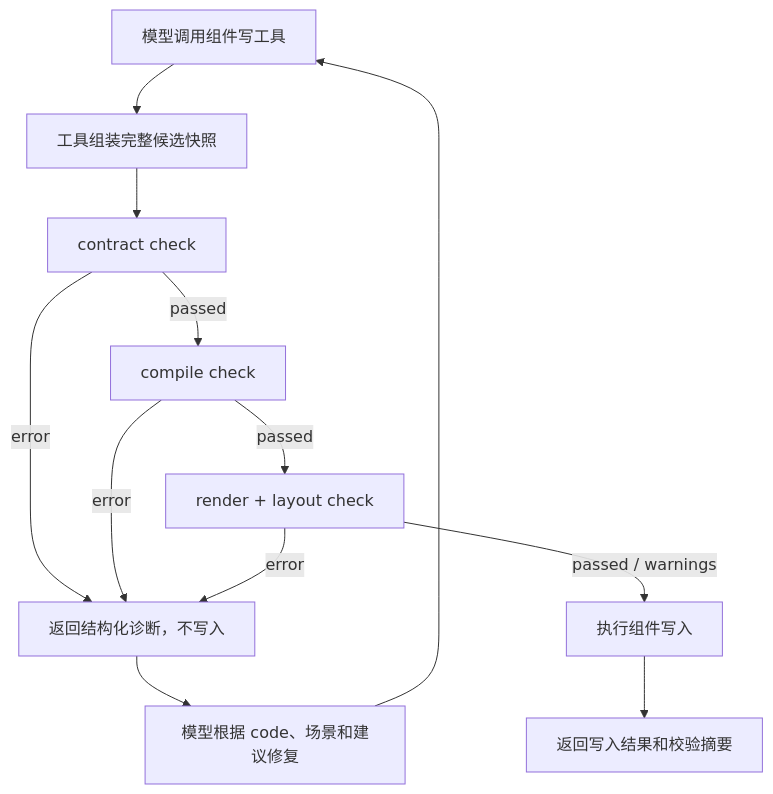
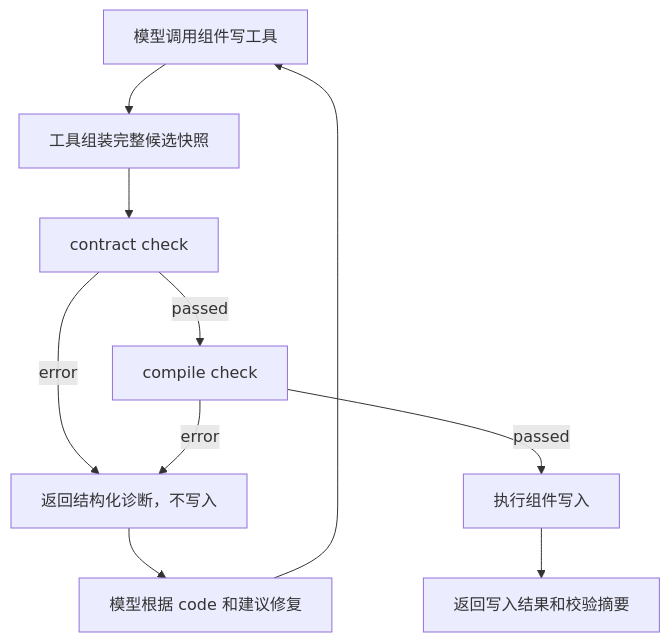
One commit to LLMxPM/web-presentation changed the second of 2 diagrams in docs/developer/runtime-integration/component-code-check-design.md. Above: the diagram before and after it, drawn with Mermaid. The commit also changed other lines of this file and 14 other files, not shown here.

````diff
--- a/docs/developer/runtime-integration/component-code-check-design.md
+++ b/docs/developer/runtime-integration/component-code-check-design.md
@@ -157,14 +156,12 @@
 ```mermaid
 flowchart TD
     A["模型调用组件写工具"] --> B["工具组装完整候选快照"]
     B --> C["contract check"]
     C -->|"error"| H["返回结构化诊断，不写入"]
     C -->|"passed"| D["compile check"]
     D -->|"error"| H
-    D -->|"passed"| E["render + layout check"]
-    E -->|"error"| H
-    E -->|"passed / warnings"| F["执行组件写入"]
+    D -->|"passed"| F["执行组件写入"]
     F --> G["返回写入结果和校验摘要"]
-    H --> I["模型根据 code、场景和建议修复"]
+    H --> I["模型根据 code 和建议修复"]
     I --> A
 ```
````
